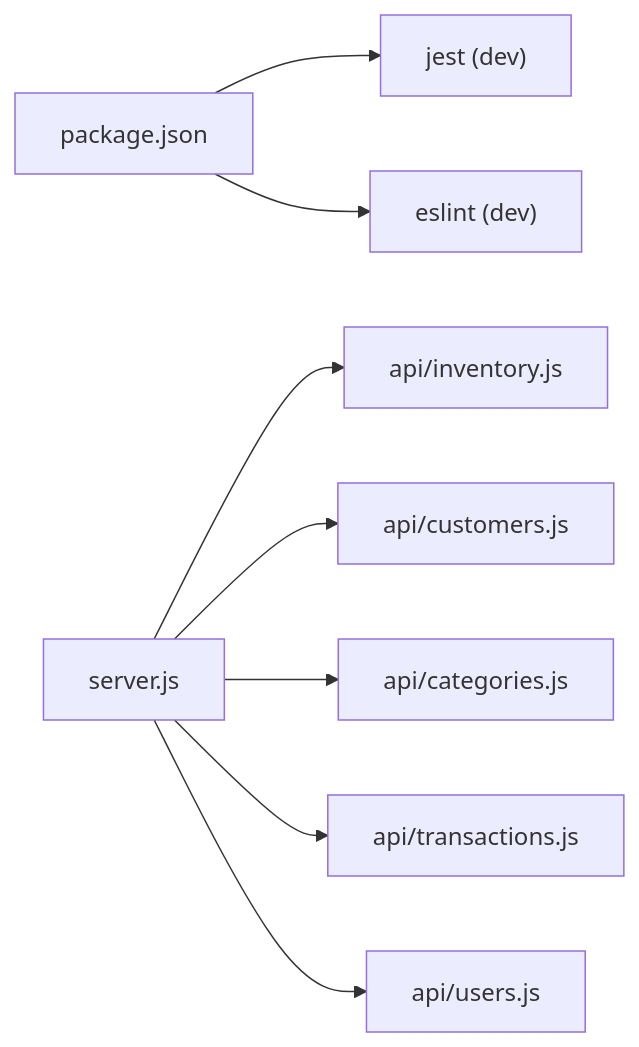
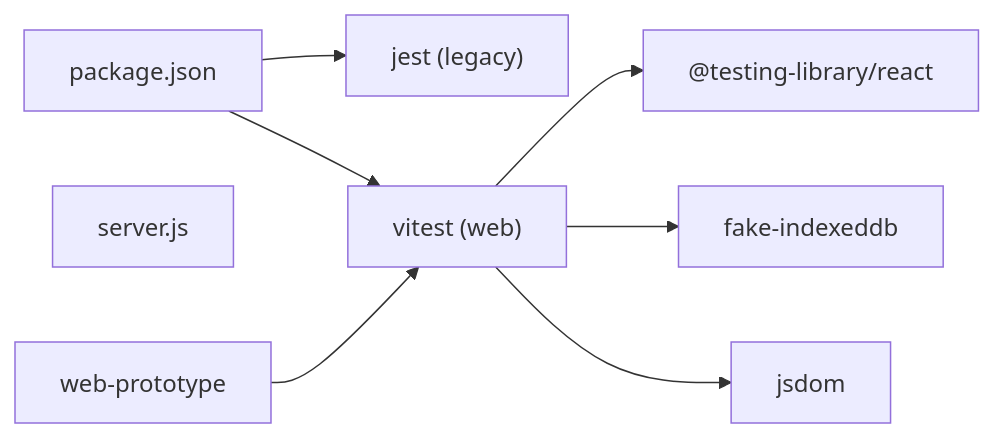
The fourth of 4 diagrams in .qoder/repowiki/en/content/Testing Strategy.md (yosefdc7/PharmaPOS), drawn with Mermaid before and after one commit. The commit also changed other lines of this file and 28 other files, not shown here.

````diff
--- a/.qoder/repowiki/en/content/Testing Strategy.md
+++ b/.qoder/repowiki/en/content/Testing Strategy.md
@@ -271,19 +358,17 @@
 ```mermaid
 graph LR
 PJ["package.json"]
-JEST["jest (dev)"]
-ESL["eslint (dev)"]
+JEST["jest (legacy)"]
+VT["vitest (web)"]
+TL["@testing-library/react"]
+FIDB["fake-indexeddb"]
+JSDOM["jsdom"]
 SVR["server.js"]
-INV["api/inventory.js"]
-CUST["api/customers.js"]
-CAT["api/categories.js"]
-TX["api/transactions.js"]
-USR["api/users.js"]
+WP["web-prototype"]
 PJ --> JEST
-PJ --> ESL
-SVR --> INV
-SVR --> CUST
-SVR --> CAT
-SVR --> TX
-SVR --> USR
+PJ --> VT
+VT --> TL
+VT --> FIDB
+VT --> JSDOM
+WP --> VT
 ```
````
